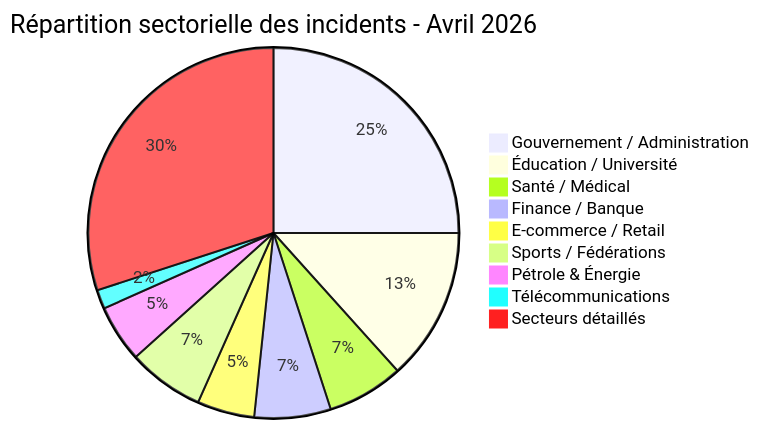
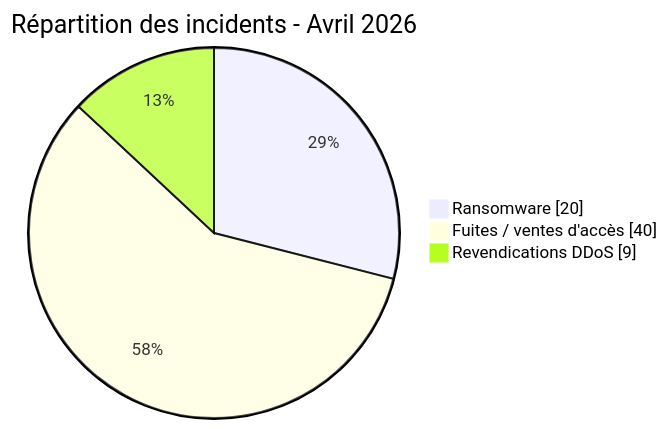
Before and after one commit to Hatchepsoute/AFRINTEL: the diagram in CyberAttackAfrica/2026/04-april/README_FR.md, drawn with Mermaid. The commit also changed other lines of this file and 1 other file, not shown here.

````diff
--- a/CyberAttackAfrica/2026/04-april/README_FR.md
+++ b/CyberAttackAfrica/2026/04-april/README_FR.md
@@ -231,13 +80,7 @@
 ```mermaid
-pie
- title Répartition sectorielle des incidents - Avril 2026
- "Gouvernement / Administration" : 15
- "Éducation / Université" : 8
- "Santé / Médical" : 4
- "Finance / Banque" : 4
- "E-commerce / Retail" : 3
- "Sports / Fédérations" : 4
- "Pétrole & Énergie" : 3
- "Télécommunications" : 1
- "Secteurs détaillés" : 18
+pie showData
+    title Répartition des incidents - Avril 2026
+    "Ransomware" : 20
+    "Fuites / ventes d'accès" : 40
+    "Revendications DDoS" : 9
 ```
````
